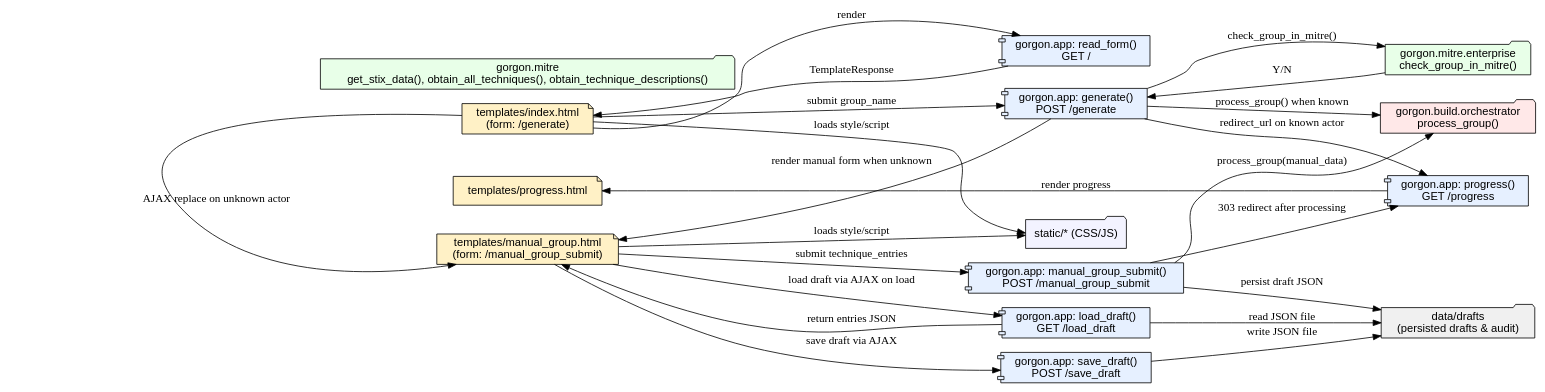
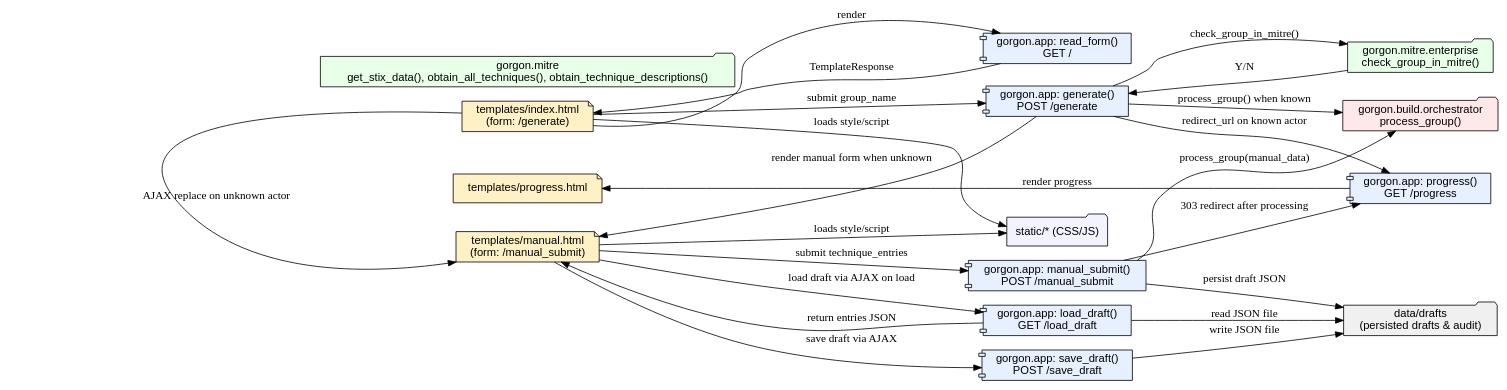
The diagram in docs/archer_flow.dot (cmdaltr/shikari), drawn with Graphviz before and after one commit. The commit also changed 15 other files, not shown here.

```diff
--- a/docs/archer_flow.dot
+++ b/docs/archer_flow.dot
@@ -1,68 +1,68 @@
 // Archer project flow diagram (generated)
 // Nodes: templates, app handlers, mitre helpers, orchestrator, drafts
 
 digraph ArcherFlow {
   rankdir=LR;
   node [shape=box, style=filled, fillcolor="#f8f9fa", fontname="Helvetica"];
 
   // Templates
   index_html [label="templates/index.html\n(form: /generate)", shape=note, fillcolor="#fff1c6"];
-  manual_html [label="templates/manual_group.html\n(form: /manual_group_submit)", shape=note, fillcolor="#fff1c6"];
+  manual_html [label="templates/manual.html\n(form: /manual_submit)", shape=note, fillcolor="#fff1c6"];
   progress_html [label="templates/progress.html", shape=note, fillcolor="#fff1c6"];
 
   // App handlers
   app_read_form [label="gorgon.app: read_form()\nGET /", shape=component, fillcolor="#e6f0ff"];
   app_generate [label="gorgon.app: generate()\nPOST /generate", shape=component, fillcolor="#e6f0ff"];
-  app_manual_submit [label="gorgon.app: manual_group_submit()\nPOST /manual_group_submit", shape=component, fillcolor="#e6f0ff"];
+  app_manual_submit [label="gorgon.app: manual_submit()\nPOST /manual_submit", shape=component, fillcolor="#e6f0ff"];
   app_progress [label="gorgon.app: progress()\nGET /progress", shape=component, fillcolor="#e6f0ff"];
   app_save_draft [label="gorgon.app: save_draft()\nPOST /save_draft", shape=component, fillcolor="#e6f0ff"];
   app_load_draft [label="gorgon.app: load_draft()\nGET /load_draft", shape=component, fillcolor="#e6f0ff"];
 
   // Helpers
   mitre_helpers [label="gorgon.mitre\nget_stix_data(), obtain_all_techniques(), obtain_technique_descriptions()", shape=folder, fillcolor="#e8ffe8"];
   mitre_enterprise [label="gorgon.mitre.enterprise\ncheck_group_in_mitre()", shape=folder, fillcolor="#e8ffe8"];
 
   // Orchestrator
   orchestrator [label="gorgon.build.orchestrator\nprocess_group()", shape=folder, fillcolor="#ffe8e8"];
 
   // Data/drafts
   drafts [label="data/drafts\n(persisted drafts & audit)", shape=folder, fillcolor="#f0f0f0"];
 
   // Edges: how pages invoke handlers and helpers
   index_html -> app_read_form [label="render"];
   app_read_form -> index_html [label="TemplateResponse"];
 
   index_html -> app_generate [label="submit group_name"];
   app_generate -> mitre_enterprise [label="check_group_in_mitre()"];
   mitre_enterprise -> app_generate [label="Y/N"];
   app_generate -> orchestrator [label="process_group() when known"];
   app_generate -> manual_html [label="render manual form when unknown"];
 
   manual_html -> app_manual_submit [label="submit technique_entries"];
   app_manual_submit -> orchestrator [label="process_group(manual_data)"];
   app_manual_submit -> drafts [label="persist draft JSON"];
 
   // Draft save/load
   manual_html -> app_save_draft [label="save draft via AJAX"];
   app_save_draft -> drafts [label="write JSON file"];
   manual_html -> app_load_draft [label="load draft via AJAX on load"];
   app_load_draft -> drafts [label="read JSON file"];
   app_load_draft -> manual_html [label="return entries JSON"];
 
   // Navigation
   index_html -> manual_html [label="AJAX replace on unknown actor"];
   app_generate -> app_progress [label="redirect_url on known actor"];
   app_manual_submit -> app_progress [label="303 redirect after processing"];
 
   // Progress
   app_progress -> progress_html [label="render progress"];
 
   // Styling/JS (static)
   static [label="static/* (CSS/JS)", shape=folder, fillcolor="#f3f3ff"];
   index_html -> static [label="loads style/script"];
   manual_html -> static [label="loads style/script"];
 
   // Group nodes visually
   { rank=same; index_html; manual_html; progress_html }
   { rank=same; app_read_form; app_generate; app_manual_submit }
 }
```
